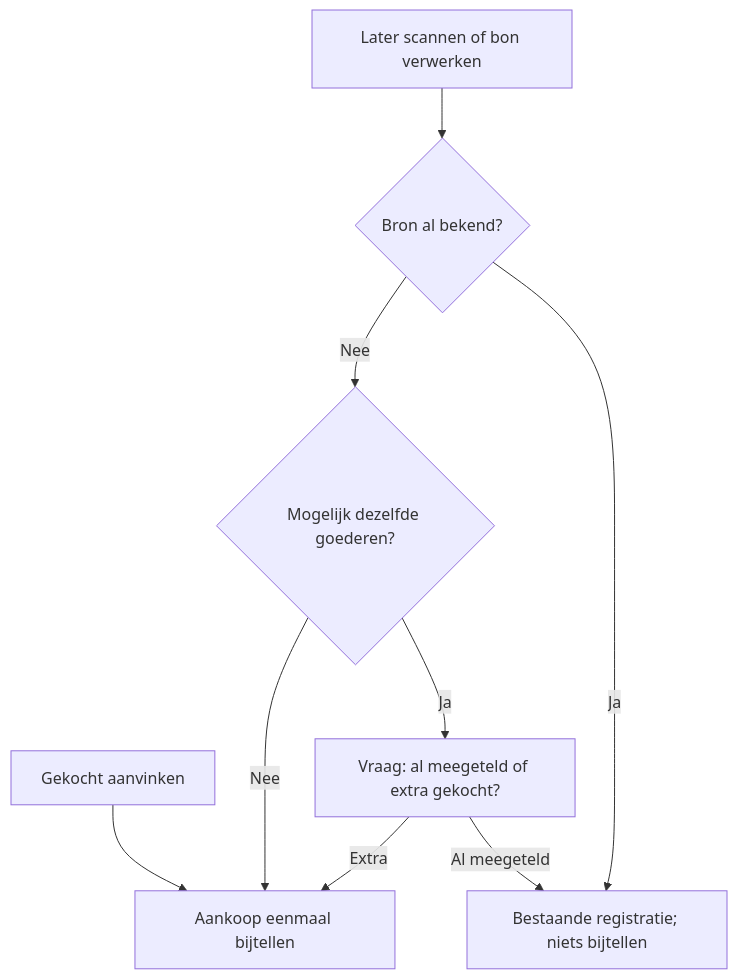
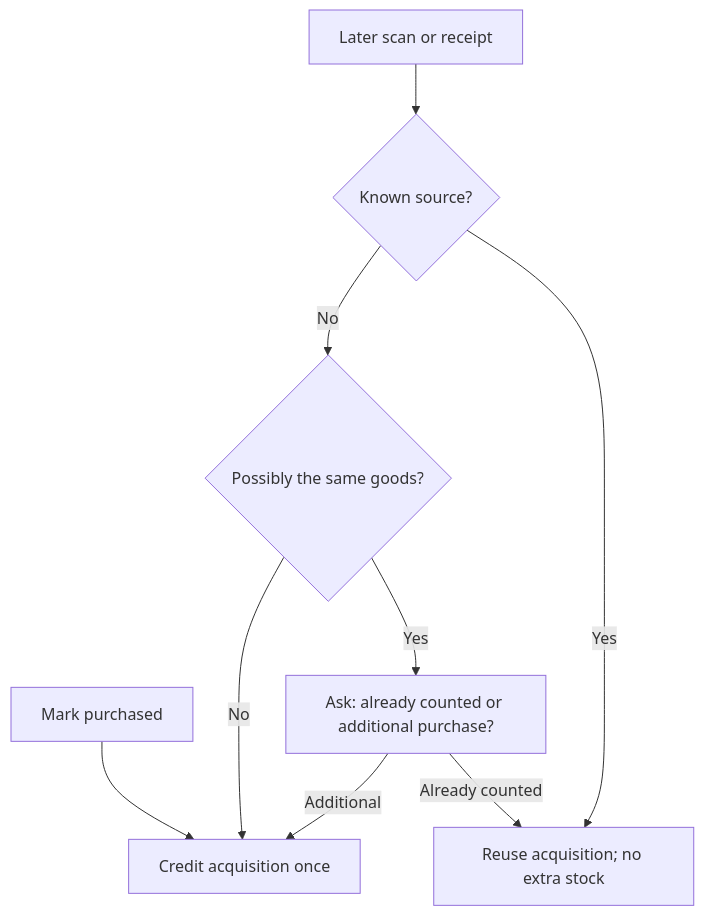
One commit to RobConings/wickedhome-project changed the first of 2 diagrams in docs/plans/aankopen-en-voorraad.mdx. Above: the diagram before and after it, drawn with Mermaid. The commit also changed other lines of this file and 417 other files, not shown here.

````diff
--- a/docs/plans/aankopen-en-voorraad.mdx
+++ b/docs/plans/aankopen-en-voorraad.mdx
@@ -7,11 +7,11 @@
 ```mermaid
 flowchart TD
-  A["Gekocht aanvinken"] --> P["Aankoop eenmaal bijtellen"]
-  S["Later scannen of bon verwerken"] --> K{"Bron al bekend?"}
-  K -->|Ja| B["Bestaande registratie; niets bijtellen"]
-  K -->|Nee| C{"Mogelijk dezelfde goederen?"}
-  C -->|Ja| Q["Vraag: al meegeteld of extra gekocht?"]
-  Q -->|Al meegeteld| B
-  Q -->|Extra| P
-  C -->|Nee| P
+  A[Mark purchased] --> P[Credit acquisition once]
+  S[Later scan or receipt] --> K{Known source?}
+  K -->|Yes| B[Reuse acquisition; no extra stock]
+  K -->|No| C{Possibly the same goods?}
+  C -->|Yes| Q[Ask: already counted or additional purchase?]
+  Q -->|Already counted| B
+  Q -->|Additional| P
+  C -->|No| P
 ```
````
